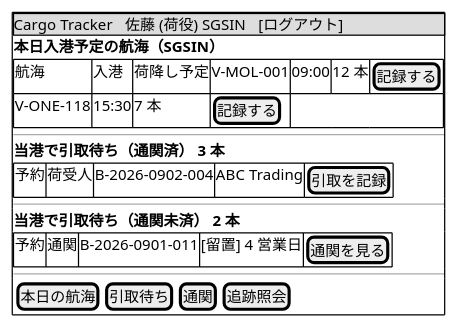
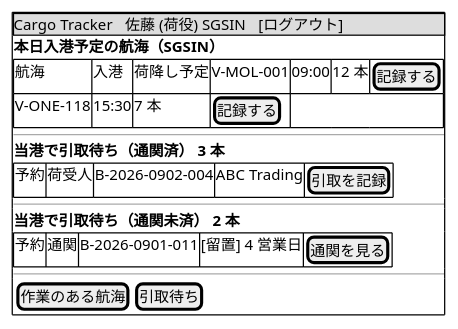
Before and after one commit to k2works/case-study-cargo-tracker: diagram 11 of 32 in docs/design/cargo-tracker/ui_design.md, drawn with PlantUML. The commit also changed other lines of this file and 14 other files, not shown here.

````diff
--- a/docs/design/cargo-tracker/ui_design.md
+++ b/docs/design/cargo-tracker/ui_design.md
@@ -587,27 +587,27 @@
 ```plantuml
 @startsalt
 {+
   {* Cargo Tracker | 佐藤 (荷役) SGSIN | [ログアウト] }
   <b>本日入港予定の航海（SGSIN）
   {#
     航海 | 入港 | 荷降し予定 |
     V-MOL-001 | 09:00 | 12 本 | [記録する]
     V-ONE-118 | 15:30 | 7 本 | [記録する]
   }
   ---
   <b>当港で引取待ち（通関済） 3 本
   {#
     予約 | 荷受人 |
     B-2026-0902-004 | ABC Trading | [引取を記録]
   }
   ---
   <b>当港で引取待ち（通関未済） 2 本
   {#
     予約 | 通関 |
     B-2026-0901-011 | [留置] 4 営業日 | [通関を見る]
   }
   ---
-  { [本日の航海] | [引取待ち] | [通関] | [追跡照会] }
+  { [作業のある航海] | [引取待ち] }
 }
 @endsalt
 ```
````
